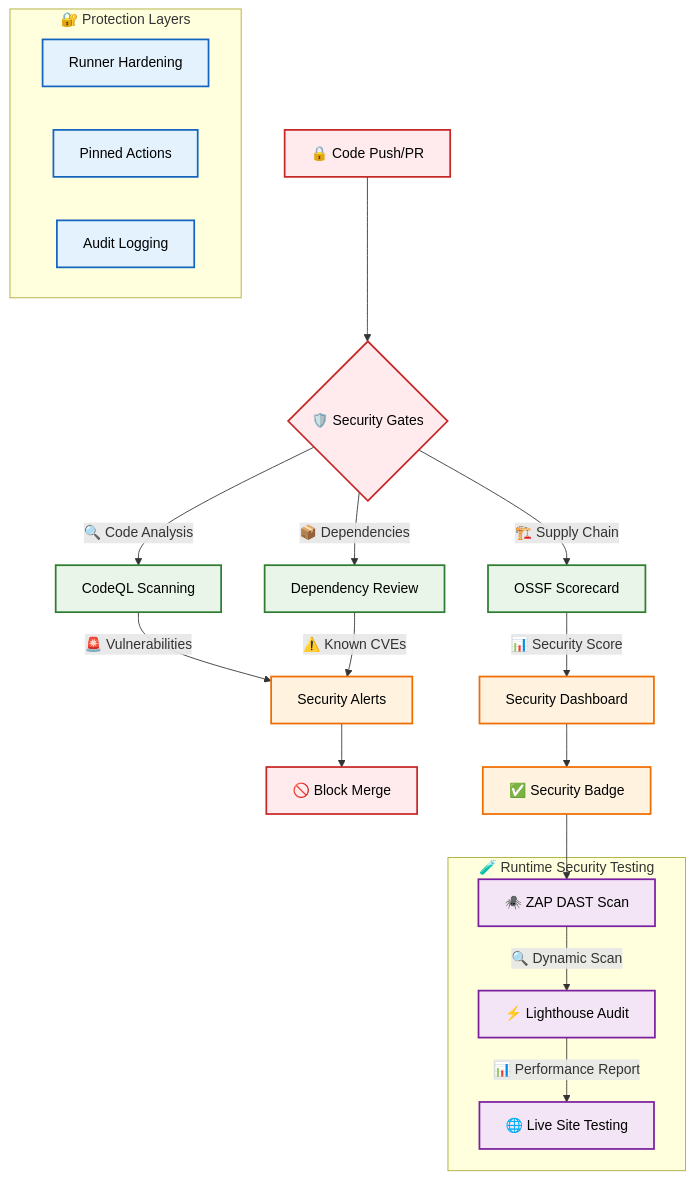
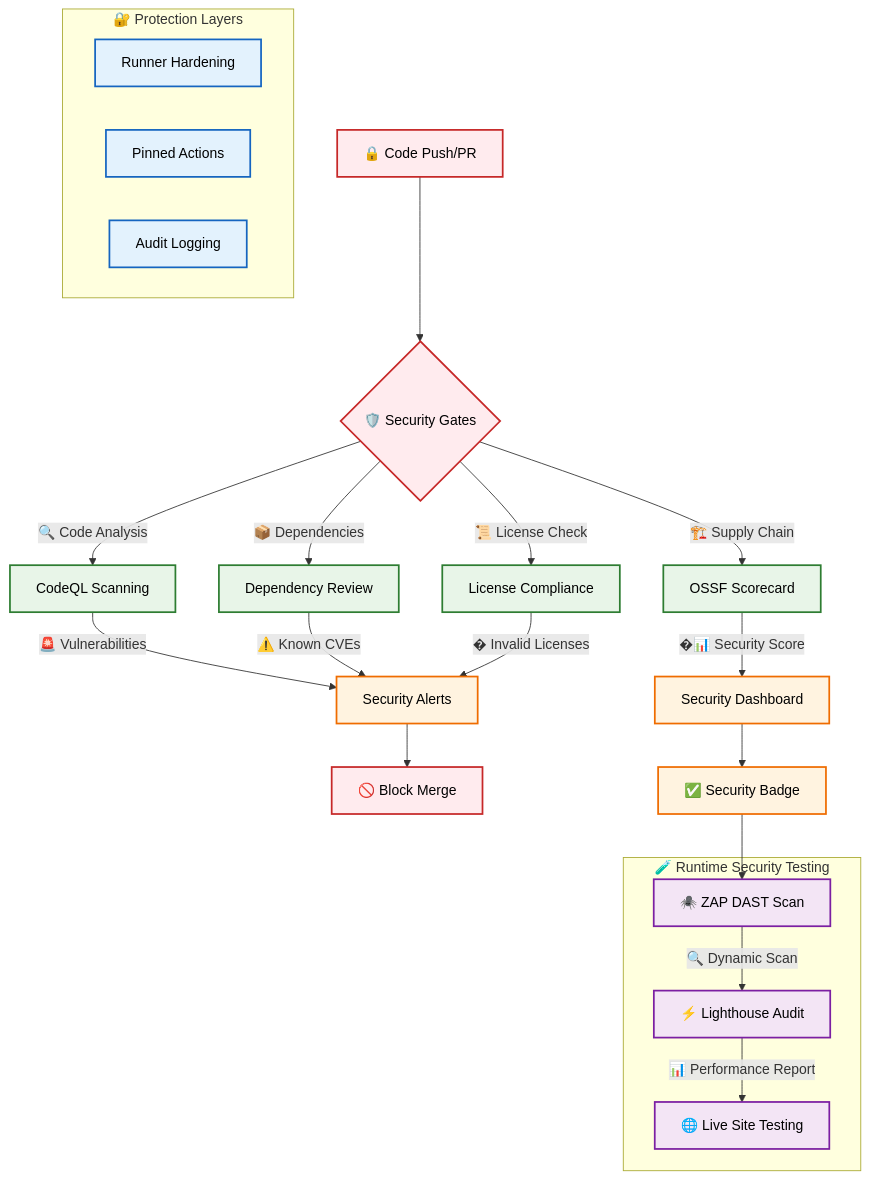
The second of 7 diagrams in README.md (Hack23/game), drawn with Mermaid before and after one commit. The commit also changed other lines of this file, not shown here.

Commit message:
Enhance README with license compliance and runner hardening

````diff
--- a/README.md
+++ b/README.md
@@ -200,44 +207,46 @@
 ```mermaid
 graph TD
     A[🔒 Code Push/PR] --> B{🛡️ Security Gates}
 
     B --> |🔍 Code Analysis| C[CodeQL Scanning]
     B --> |📦 Dependencies| D[Dependency Review]
-    B --> |🏗️ Supply Chain| E[OSSF Scorecard]
+    B --> |📜 License Check| E[License Compliance]
+    B --> |🏗️ Supply Chain| F[OSSF Scorecard]
 
-    C --> |🚨 Vulnerabilities| F[Security Alerts]
-    D --> |⚠️ Known CVEs| F
-    E --> |📊 Security Score| G[Security Dashboard]
+    C --> |🚨 Vulnerabilities| G[Security Alerts]
+    D --> |⚠️ Known CVEs| G
+    E --> |� Invalid Licenses| G
+    F --> |�📊 Security Score| H[Security Dashboard]
 
-    F --> H[🚫 Block Merge]
-    G --> I[✅ Security Badge]
+    G --> I[🚫 Block Merge]
+    H --> J[✅ Security Badge]
 
     subgraph "🔐 Protection Layers"
-        J[Runner Hardening]
-        K[Pinned Actions]
-        L[Audit Logging]
+        K[Runner Hardening]
+        L[Pinned Actions]
+        M[Audit Logging]
     end
 
     subgraph "🧪 Runtime Security Testing"
-        M[🕷️ ZAP DAST Scan]
-        N[⚡ Lighthouse Audit]
-        O[🌐 Live Site Testing]
+        N[🕷️ ZAP DAST Scan]
+        O[⚡ Lighthouse Audit]
+        P[🌐 Live Site Testing]
     end
 
-    I --> M
-    M --> |🔍 Dynamic Scan| N
-    N --> |📊 Performance Report| O
+    J --> N
+    N --> |🔍 Dynamic Scan| O
+    O --> |📊 Performance Report| P
 
     %% Styling
     classDef security fill:#ffebee,stroke:#c62828,stroke-width:2px,color:#000
     classDef analysis fill:#e8f5e8,stroke:#2e7d32,stroke-width:2px,color:#000
     classDef protection fill:#e3f2fd,stroke:#1565c0,stroke-width:2px,color:#000
     classDef alert fill:#fff3e0,stroke:#ef6c00,stroke-width:2px,color:#000
     classDef runtime fill:#f3e5f5,stroke:#7b1fa2,stroke-width:2px,color:#000
 
-    class A,B,H security
-    class C,D,E analysis
-    class J,K,L protection
-    class F,G,I alert
-    class M,N,O runtime
+    class A,B,I security
+    class C,D,E,F analysis
+    class K,L,M protection
+    class G,H,J alert
+    class N,O,P runtime
 ```
````
